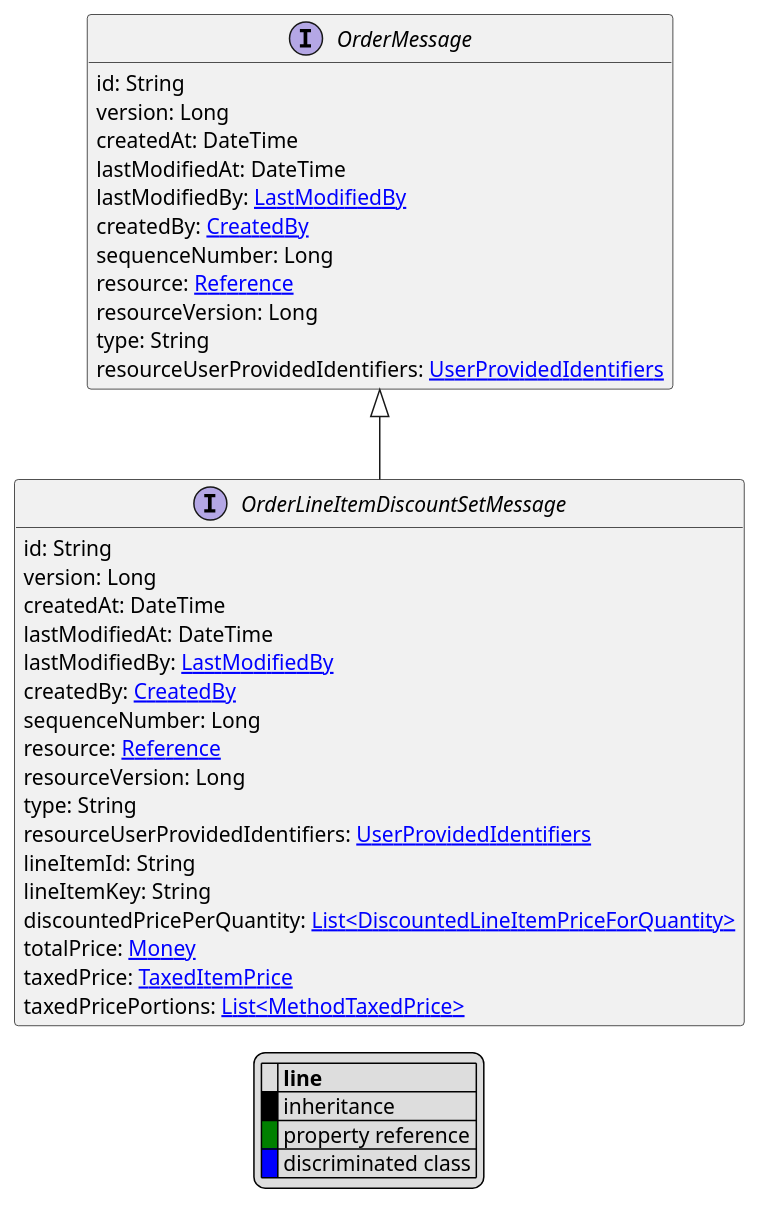
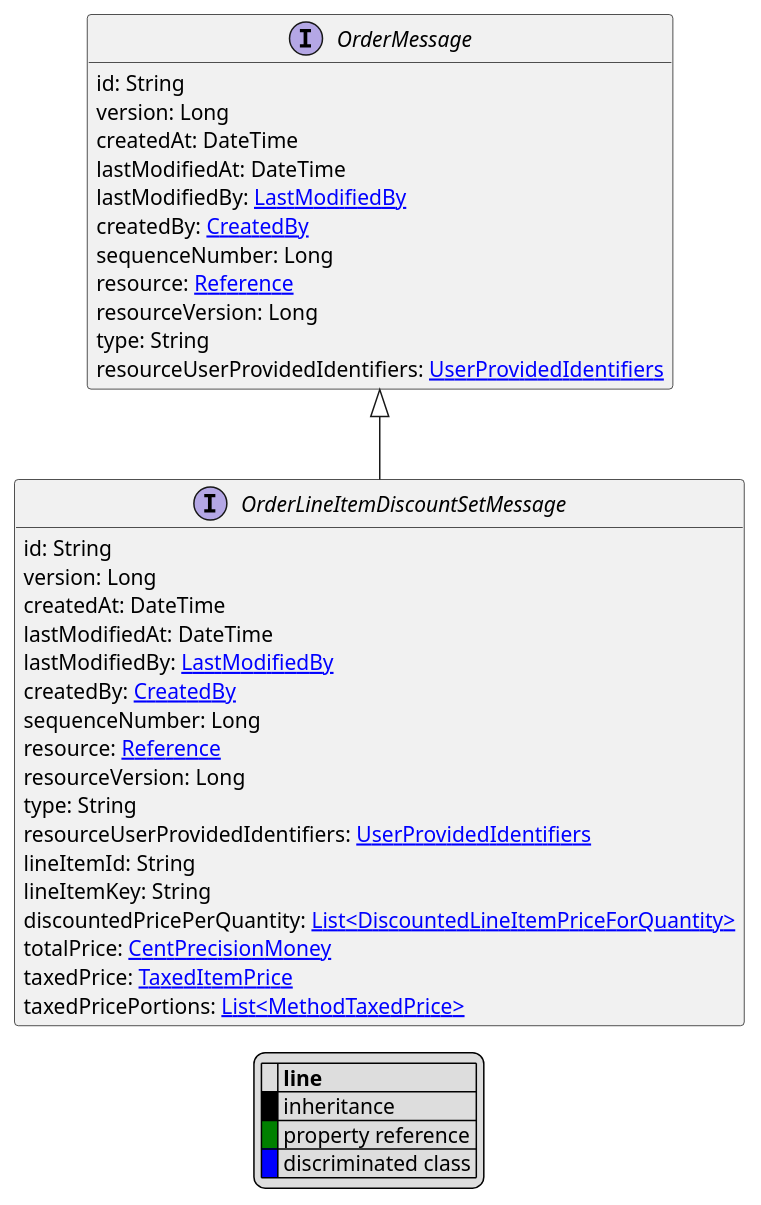
Before and after one commit to commercetools/commercetools-api-reference: the diagram in uml/api/OrderLineItemDiscountSetMessage.puml, drawn with PlantUML. The commit also changed 34 other files, not shown here.

```diff
--- a/uml/api/OrderLineItemDiscountSetMessage.puml
+++ b/uml/api/OrderLineItemDiscountSetMessage.puml
@@ -1,48 +1,48 @@
 @startuml
 
 hide empty fields
 hide empty methods
 legend
 |= |= line |
 |<back:black>   </back>| inheritance |
 |<back:green>   </back>| property reference |
 |<back:blue>   </back>| discriminated class |
 endlegend
 interface OrderLineItemDiscountSetMessage [[OrderLineItemDiscountSetMessage.svg]] extends OrderMessage {
     id: String
     version: Long
     createdAt: DateTime
     lastModifiedAt: DateTime
     lastModifiedBy: [[LastModifiedBy.svg LastModifiedBy]]
     createdBy: [[CreatedBy.svg CreatedBy]]
     sequenceNumber: Long
     resource: [[Reference.svg Reference]]
     resourceVersion: Long
     type: String
     resourceUserProvidedIdentifiers: [[UserProvidedIdentifiers.svg UserProvidedIdentifiers]]
     lineItemId: String
     lineItemKey: String
     discountedPricePerQuantity: [[DiscountedLineItemPriceForQuantity.svg List<DiscountedLineItemPriceForQuantity>]]
-    totalPrice: [[Money.svg Money]]
+    totalPrice: [[CentPrecisionMoney.svg CentPrecisionMoney]]
     taxedPrice: [[TaxedItemPrice.svg TaxedItemPrice]]
     taxedPricePortions: [[MethodTaxedPrice.svg List<MethodTaxedPrice>]]
 }
 interface OrderMessage [[OrderMessage.svg]]  {
     id: String
     version: Long
     createdAt: DateTime
     lastModifiedAt: DateTime
     lastModifiedBy: [[LastModifiedBy.svg LastModifiedBy]]
     createdBy: [[CreatedBy.svg CreatedBy]]
     sequenceNumber: Long
     resource: [[Reference.svg Reference]]
     resourceVersion: Long
     type: String
     resourceUserProvidedIdentifiers: [[UserProvidedIdentifiers.svg UserProvidedIdentifiers]]
 }
 
 
 
 
 
 @enduml
```
